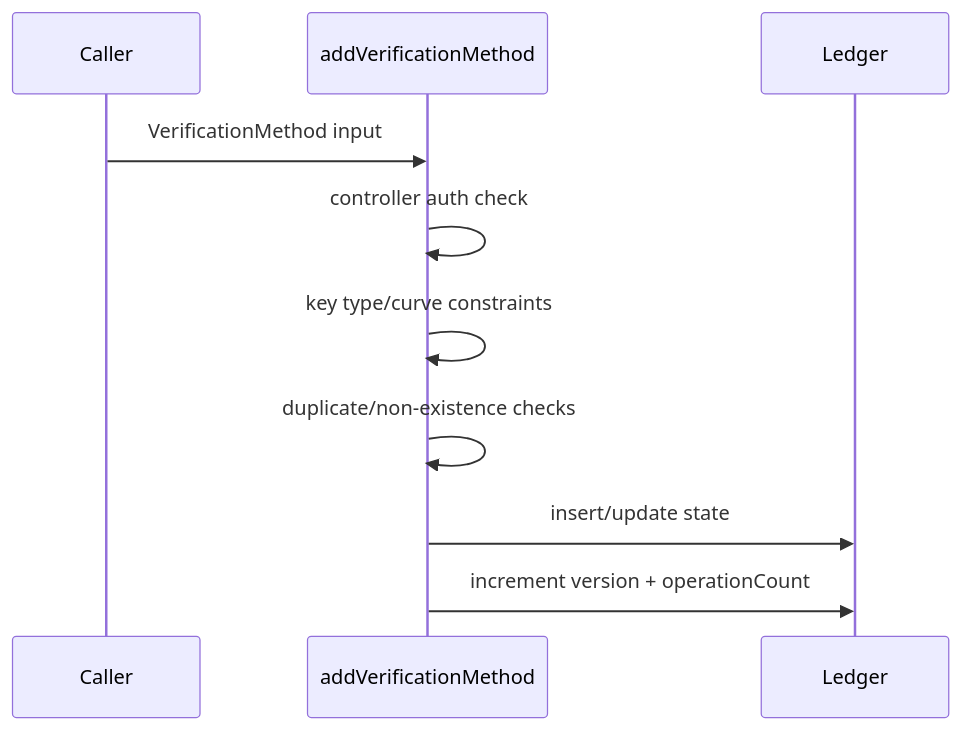
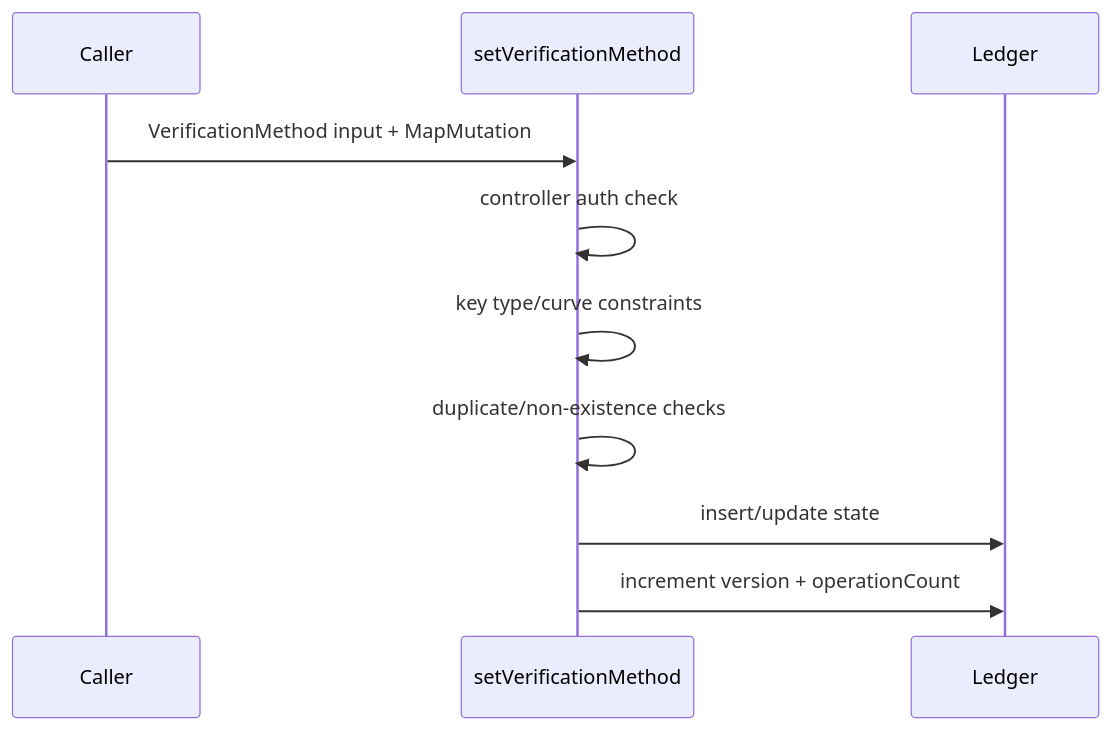
Before and after one commit to midnightntwrk/midnight-did: the second of 3 diagrams in packages/contract/README.md, drawn with Mermaid. The commit also changed other lines of this file and 39 other files, not shown here.

First line of the commit message:
feat!: Redesign DID verification method storage

````diff
--- a/packages/contract/README.md
+++ b/packages/contract/README.md
@@ -26,13 +25,13 @@
 ```mermaid
 sequenceDiagram
   participant Caller
-  participant Circuit as addVerificationMethod
+  participant Circuit as setVerificationMethod
   participant Ledger
 
-  Caller->>Circuit: VerificationMethod input
+  Caller->>Circuit: VerificationMethod input + MapMutation
   Circuit->>Circuit: controller auth check
   Circuit->>Circuit: key type/curve constraints
   Circuit->>Circuit: duplicate/non-existence checks
   Circuit->>Ledger: insert/update state
   Circuit->>Ledger: increment version + operationCount
 ```
````
